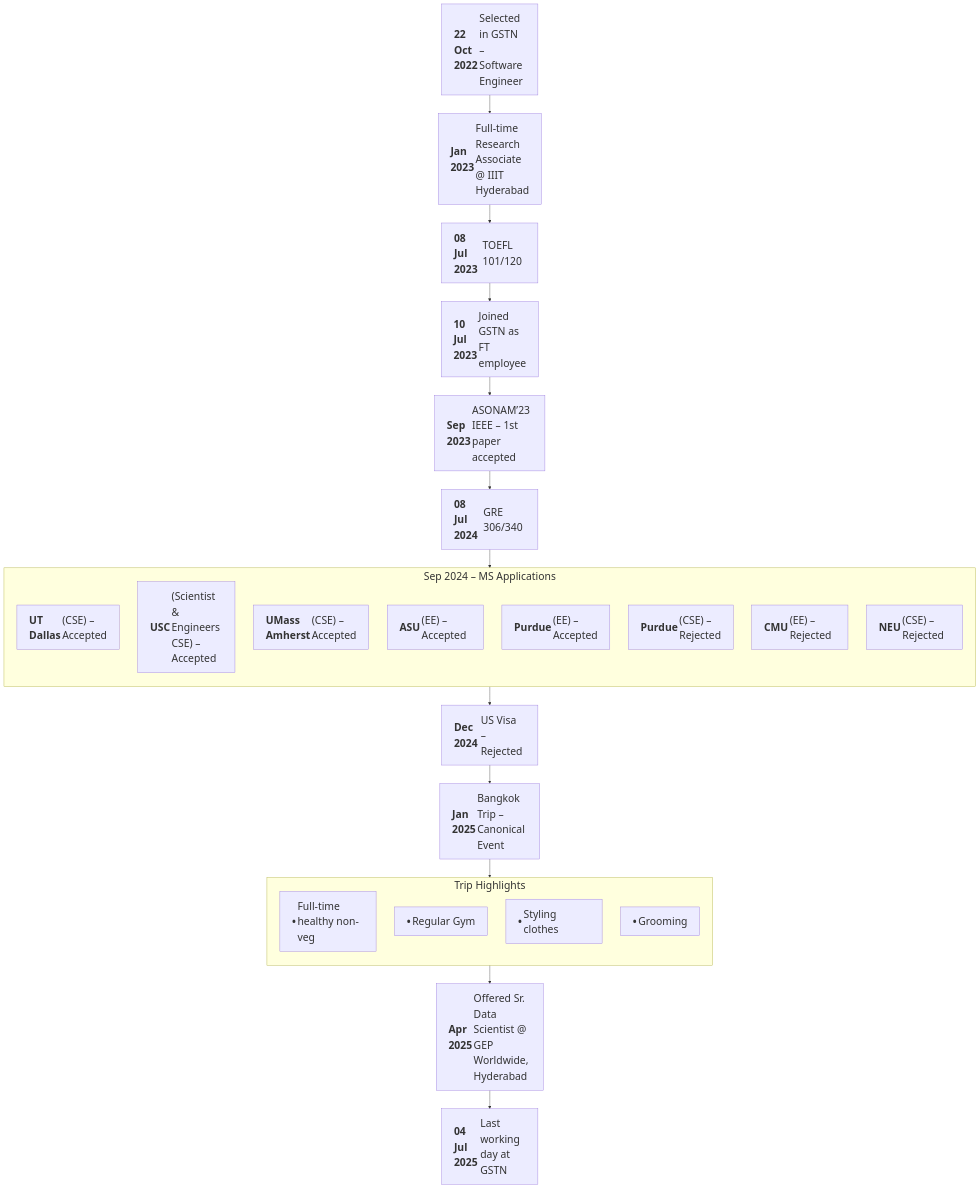
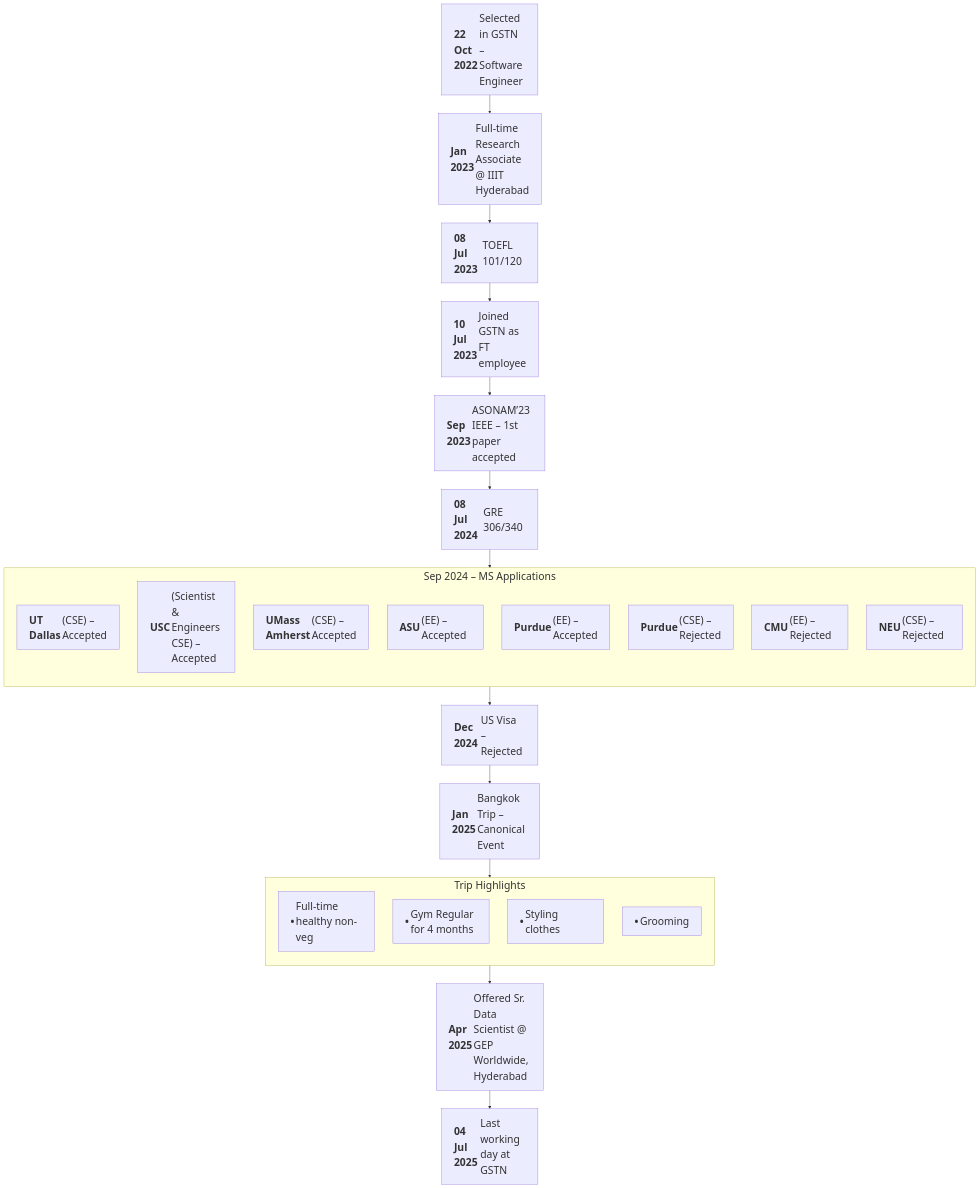
The diagram in README.md (AryamannTomar/AryamannTomar), drawn with Mermaid before and after one commit.

````diff
--- a/README.md
+++ b/README.md
@@ -14,49 +14,49 @@
 ```mermaid
 %%{init: {
   "themeVariables": {
     "fontSize": "28px",
     "nodePadding": "20px",
     "edgeLabelFontSize": "30px"
   },
   "themeConfig": {
     "nodeTextMargin": 5,
     "padding": 15
   }
 }}%%
 flowchart TD
   A1["<table><tr><td align='left'><b>22 Oct 2022</b></td><td align='left'>Selected in GSTN – Software Engineer</td></tr></table>"]
   A2["<table><tr><td align='left'><b>Jan 2023</b></td><td align='left'>Full-time Research Associate @ IIIT Hyderabad</td></tr></table>"]
   A3["<table><tr><td align='left'><b>08 Jul 2023</b></td><td align='left'>TOEFL 101/120</td></tr></table>"]
   A4["<table><tr><td align='left'><b>10 Jul 2023</b></td><td align='left'>Joined GSTN as FT employee</td></tr></table>"]
   A5["<table><tr><td align='left'><b>Sep 2023</b></td><td align='left'>ASONAM’23 IEEE – 1st paper accepted</td></tr></table>"]
   
   A6["<table><tr><td align='left'><b>08 Jul 2024</b></td><td align='left'>GRE 306/340</td></tr></table>"]
   subgraph MS_Apps [Sep 2024 – MS Applications]
     direction TB
     A7["<table><tr><td align='left'><b>UT Dallas</b></td><td align='left'>(CSE) – Accepted</td></tr></table>"]
     A8["<table><tr><td align='left'><b>USC</b></td><td align='left'>(Scientist & Engineers CSE) – Accepted</td></tr></table>"]
     A9["<table><tr><td align='left'><b>UMass Amherst</b></td><td align='left'>(CSE) – Accepted</td></tr></table>"]
     A10["<table><tr><td align='left'><b>ASU</b></td><td align='left'>(EE) – Accepted</td></tr></table>"]
     A11["<table><tr><td align='left'><b>Purdue</b></td><td align='left'>(EE) – Accepted</td></tr></table>"]
     A12["<table><tr><td align='left'><b>Purdue</b></td><td align='left'>(CSE) – Rejected</td></tr></table>"]
     A13["<table><tr><td align='left'><b>CMU</b></td><td align='left'>(EE) – Rejected</td></tr></table>"]
     A14["<table><tr><td align='left'><b>NEU</b></td><td align='left'>(CSE) – Rejected</td></tr></table>"]
   end
 
   A15["<table><tr><td align='left'><b>Dec 2024</b></td><td align='left'>US Visa – Rejected</td></tr></table>"]
   
   A16["<table><tr><td align='left'><b>Jan 2025</b></td><td align='left'>Bangkok Trip – Canonical Event</td></tr></table>"]
   subgraph Bangkok_Details [Trip Highlights]
     direction TB
     B1["<table><tr><td align='left'><b>•</b></td><td align='left'>Full-time healthy non-veg</td></tr></table>"]
-    B2["<table><tr><td align='left'><b>•</b></td><td align='left'>Regular Gym</td></tr></table>"]
+    B2["<table><tr><td align='left'><b>•</b></td><td align='left'>Gym Regular for 4 months</td></tr></table>"]
     B3["<table><tr><td align='left'><b>•</b></td><td align='left'>Styling clothes</td></tr></table>"]
     B4["<table><tr><td align='left'><b>•</b></td><td align='left'>Grooming</td></tr></table>"]
   end
   
   A17["<table><tr><td align='left'><b>Apr 2025</b></td><td align='left'>Offered Sr. Data Scientist @ GEP Worldwide, Hyderabad</td></tr></table>"]
   A18["<table><tr><td align='left'><b>04 Jul 2025</b></td><td align='left'>Last working day at GSTN</td></tr></table>"]
 
   %% chain them all
   A1 --> A2 --> A3 --> A4 --> A5 --> A6 --> MS_Apps --> A15 --> A16 --> Bangkok_Details --> A17 --> A18
 ```
````
